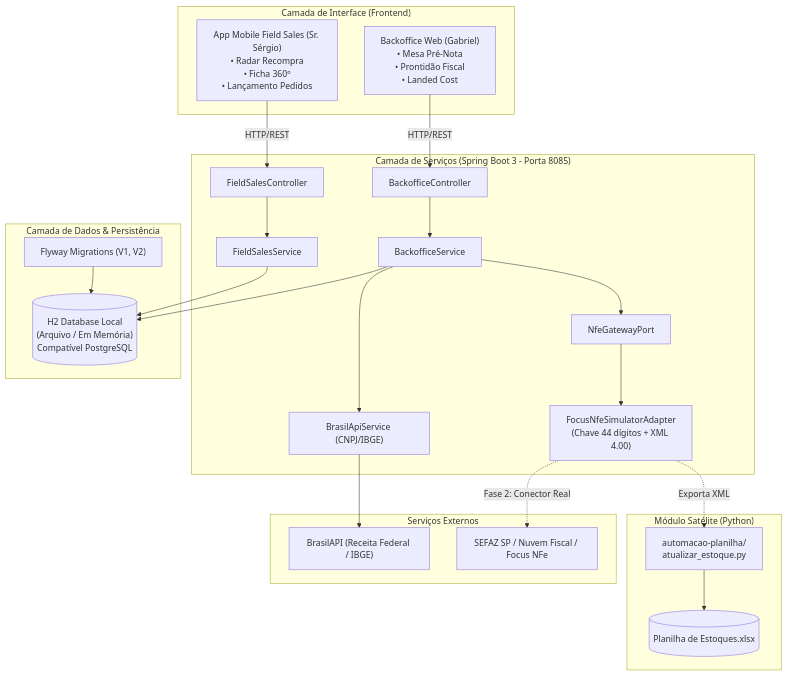
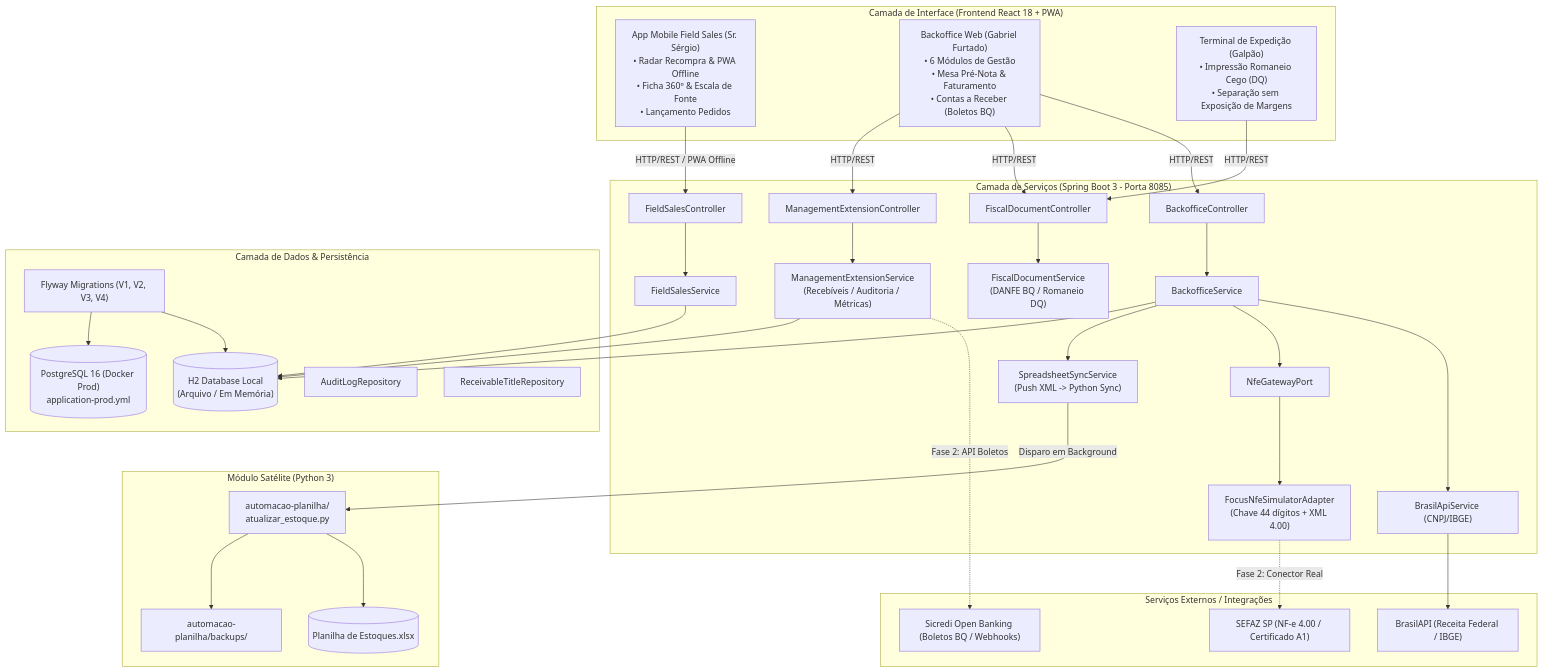
The first of 4 diagrams in docs/ARQUITETURA_DO_SISTEMA.md (GabrielFurtad0/4s), drawn with Mermaid before and after one commit. The commit also changed other lines of this file and 18 other files, not shown here.

````diff
--- a/docs/ARQUITETURA_DO_SISTEMA.md
+++ b/docs/ARQUITETURA_DO_SISTEMA.md
@@ -15,47 +18,74 @@
 ```mermaid
 graph TD
-    subgraph CLIENT_LAYER["Camada de Interface (Frontend)"]
-        UI_MOBILE["App Mobile Field Sales (Sr. Sérgio)<br/>• Radar Recompra<br/>• Ficha 360º<br/>• Lançamento Pedidos"]
-        UI_DESKTOP["Backoffice Web (Gabriel)<br/>• Mesa Pré-Nota<br/>• Prontidão Fiscal<br/>• Landed Cost"]
+    subgraph CLIENT_LAYER["Camada de Interface (Frontend React 18 + PWA)"]
+        UI_MOBILE["App Mobile Field Sales (Sr. Sérgio)<br/>• Radar Recompra & PWA Offline<br/>• Ficha 360º & Escala de Fonte<br/>• Lançamento Pedidos"]
+        UI_DESKTOP["Backoffice Web (Gabriel Furtado)<br/>• 6 Módulos de Gestão<br/>• Mesa Pré-Nota & Faturamento<br/>• Contas a Receber (Boletos BQ)"]
+        UI_EXPEDITION["Terminal de Expedição (Galpão)<br/>• Impressão Romaneio Cego (DQ)<br/>• Separação sem Exposição de Margens"]
     end
 
     subgraph API_GATEWAY["Camada de Serviços (Spring Boot 3 - Porta 8085)"]
         CTRL_SALES["FieldSalesController"]
         CTRL_BACKOFFICE["BackofficeController"]
+        CTRL_DOCS["FiscalDocumentController"]
+        CTRL_MGMT["ManagementExtensionController"]
+        
         SRV_SALES["FieldSalesService"]
         SRV_BACKOFFICE["BackofficeService"]
+        SRV_DOCS["FiscalDocumentService<br/>(DANFE BQ / Romaneio DQ)"]
+        SRV_MGMT["ManagementExtensionService<br/>(Recebíveis / Auditoria / Métricas)"]
+        SRV_SYNC["SpreadsheetSyncService<br/>(Push XML -> Python Sync)"]
         SRV_BRASILAPI["BrasilApiService (CNPJ/IBGE)"]
         PORT_NFE["NfeGatewayPort"]
         ADAPT_NFE["FocusNfeSimulatorAdapter<br/>(Chave 44 dígitos + XML 4.00)"]
     end
 
     subgraph PERSISTENCE["Camada de Dados & Persistência"]
-        FLYWAY["Flyway Migrations (V1, V2)"]
-        DB_LOCAL[("H2 Database Local<br/>(Arquivo / Em Memória)<br/>Compatível PostgreSQL")]
+        FLYWAY["Flyway Migrations (V1, V2, V3, V4)"]
+        DB_DEV[("H2 Database Local<br/>(Arquivo / Em Memória)")]
+        DB_PROD[("PostgreSQL 16 (Docker Prod)<br/>application-prod.yml")]
+        REPO_AUDIT["AuditLogRepository"]
+        REPO_REC["ReceivableTitleRepository"]
     end
 
-    subgraph SPREADSHEET_MODULE["Módulo Satélite (Python)"]
+    subgraph SPREADSHEET_MODULE["Módulo Satélite (Python 3)"]
         AUTOMATION["automacao-planilha/<br/>atualizar_estoque.py"]
         EXCEL[("Planilha de Estoques.xlsx")]
+        BACKUPS["automacao-planilha/backups/"]
     end
 
-    subgraph EXTERNAL_APIS["Serviços Externos"]
+    subgraph EXTERNAL_APIS["Serviços Externos / Integrações"]
         EXT_BRASILAPI["BrasilAPI (Receita Federal / IBGE)"]
-        EXT_SEFAZ["SEFAZ SP / Nuvem Fiscal / Focus NFe"]
+        EXT_SEFAZ["SEFAZ SP (NF-e 4.00 / Certificado A1)"]
+        EXT_SICREDI["Sicredi Open Banking (Boletos BQ / Webhooks)"]
     end
 
-    UI_MOBILE -->|HTTP/REST| CTRL_SALES
+    UI_MOBILE -->|HTTP/REST / PWA Offline| CTRL_SALES
     UI_DESKTOP -->|HTTP/REST| CTRL_BACKOFFICE
+    UI_DESKTOP -->|HTTP/REST| CTRL_DOCS
+    UI_DESKTOP -->|HTTP/REST| CTRL_MGMT
+    UI_EXPEDITION -->|HTTP/REST| CTRL_DOCS
+
     CTRL_SALES --> SRV_SALES
     CTRL_BACKOFFICE --> SRV_BACKOFFICE
+    CTRL_DOCS --> SRV_DOCS
+    CTRL_MGMT --> SRV_MGMT
+
     SRV_BACKOFFICE --> SRV_BRASILAPI
     SRV_BACKOFFICE --> PORT_NFE
+    SRV_BACKOFFICE --> SRV_SYNC
     PORT_NFE --> ADAPT_NFE
     SRV_BRASILAPI --> EXT_BRASILAPI
+
     ADAPT_NFE -.->|Fase 2: Conector Real| EXT_SEFAZ
-    SRV_SALES --> DB_LOCAL
-    SRV_BACKOFFICE --> DB_LOCAL
-    FLYWAY --> DB_LOCAL
-    ADAPT_NFE -.->|Exporta XML| AUTOMATION
+    SRV_MGMT -.->|Fase 2: API Boletos| EXT_SICREDI
+
+    SRV_SALES --> DB_DEV
+    SRV_BACKOFFICE --> DB_DEV
+    SRV_MGMT --> DB_DEV
+    FLYWAY --> DB_DEV
+    FLYWAY --> DB_PROD
+
+    SRV_SYNC -->|Disparo em Background| AUTOMATION
     AUTOMATION --> EXCEL
+    AUTOMATION --> BACKUPS
 ```
````
